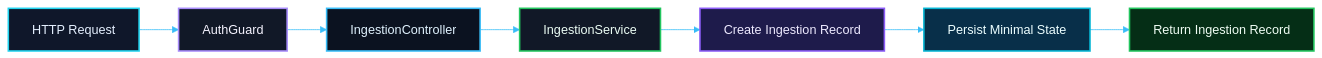
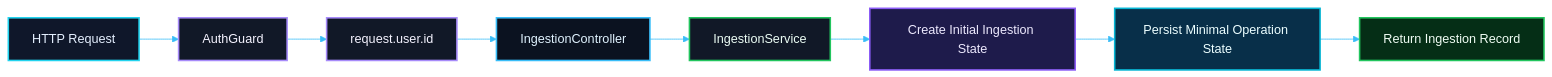
The diagram in PR 08 — Fase 1: Persistência Mínima da Operação de Ingestion.md (matheusdiamantino-betalent/questions-ai), drawn with Mermaid before and after one commit. The commit also changed other lines of this file, not shown here.

Commit message:
Update PR 08 — Fase 1: Persistência Mínima da Operação de Ingestion.md

````diff
--- a/PR 08 — Fase 1: Persistência Mínima da Operação de Ingestion.md
+++ b/PR 08 — Fase 1: Persistência Mínima da Operação de Ingestion.md
@@ -108,32 +208,33 @@
 ```mermaid
 %%{init: {
   "theme": "base",
   "themeVariables": {
     "background": "#0b1020",
     "primaryColor": "#111827",
     "primaryTextColor": "#e5f0ff",
     "primaryBorderColor": "#22d3ee",
     "lineColor": "#38bdf8",
     "secondaryColor": "#0f172a",
     "tertiaryColor": "#111827",
     "fontFamily": "Inter, Segoe UI, Arial",
     "clusterBkg": "#0f172a",
     "clusterBorder": "#334155"
   }
 }}%%
 flowchart LR
     A[HTTP Request]:::node --> B[AuthGuard]:::auth
-    B --> C[IngestionController]:::controller
-    C --> D[IngestionService]:::service
-    D --> E[Create Ingestion Record]:::domain
-    E --> F[Persist Minimal State]:::storage
-    F --> G[Return Ingestion Record]:::result
+    B --> C[request.user.id]:::auth
+    C --> D[IngestionController]:::controller
+    D --> E[IngestionService]:::service
+    E --> F[Create Initial Ingestion State]:::domain
+    F --> G[Persist Minimal Operation State]:::storage
+    G --> H[Return Ingestion Record]:::result
 
     classDef node fill:#0f172a,stroke:#22d3ee,color:#e5f0ff,stroke-width:2px;
     classDef auth fill:#111827,stroke:#a78bfa,color:#f5f3ff,stroke-width:2px;
     classDef controller fill:#0b1220,stroke:#38bdf8,color:#e0f2fe,stroke-width:2px;
     classDef service fill:#111827,stroke:#22c55e,color:#ecfdf5,stroke-width:2px;
     classDef domain fill:#1e1b4b,stroke:#8b5cf6,color:#ede9fe,stroke-width:2px;
     classDef storage fill:#082f49,stroke:#06b6d4,color:#ecfeff,stroke-width:2px;
     classDef result fill:#052e16,stroke:#22c55e,color:#f0fdf4,stroke-width:2px;
 ```
````
